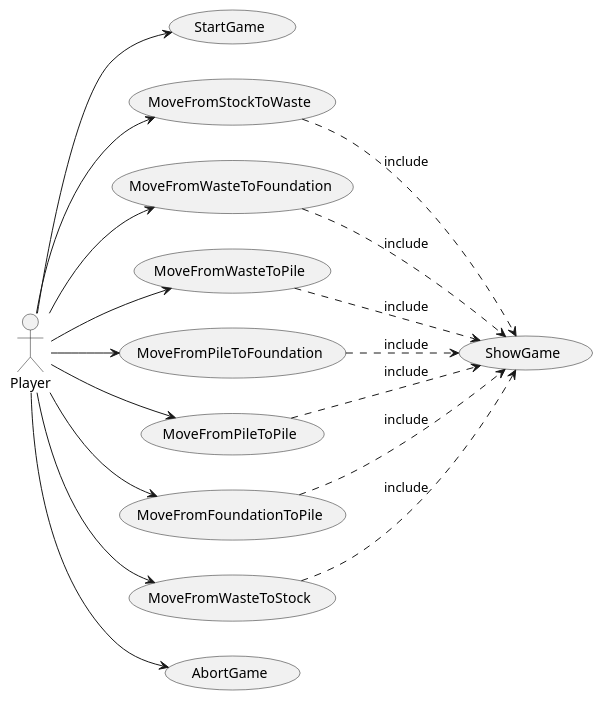
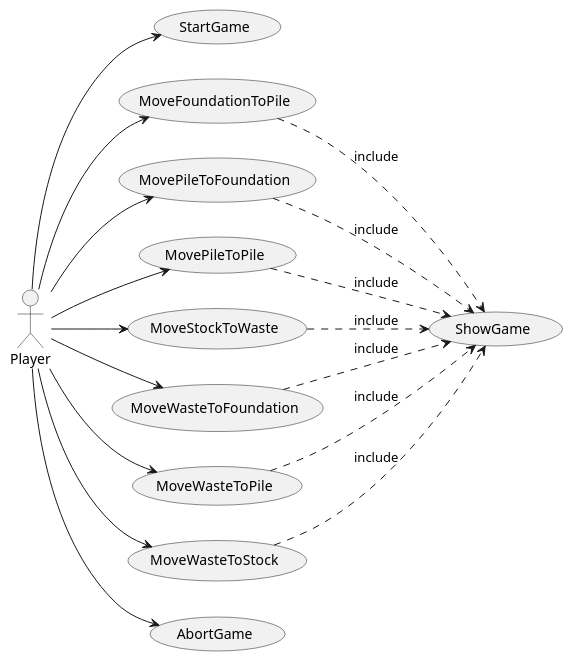
The diagram in useCaseView/usecases.puml (ciscoruiz/klondike), drawn with PlantUML before and after one commit. The commit also changed 8 other files, not shown here.

```diff
--- a/useCaseView/usecases.puml
+++ b/useCaseView/usecases.puml
@@ -1,32 +1,32 @@
 @startuml UseCases
 left to right direction
 
 usecase "StartGame" as StartGame
-usecase "MoveFromStockToWaste" as UC1
-usecase "MoveFromWasteToFoundation" as UC2
-usecase "MoveFromWasteToPile" as UC3
-usecase "MoveFromPileToFoundation" as UC4
-usecase "MoveFromPileToPile" as UC5
-usecase "MoveFromFoundationToPile" as UC6
-usecase "MoveFromWasteToStock" as UC7
+usecase "MoveFoundationToPile" as UC6
+usecase "MovePileToFoundation" as UC4
+usecase "MovePileToPile" as UC5
+usecase "MoveStockToWaste" as UC1
+usecase "MoveWasteToFoundation" as UC2
+usecase "MoveWasteToPile" as UC3
+usecase "MoveWasteToStock" as UC7
 usecase "ShowGame" as ShowGame
 usecase "AbortGame" as AbortGame
 
 Player --> StartGame
 Player --> UC1
 Player --> UC2
 Player --> UC3
 Player --> UC4
 Player --> UC5
 Player --> UC6
 Player --> UC7
 Player --> AbortGame
 
 UC1 -.> ShowGame : include
 UC2 -.> ShowGame : include
 UC3 -.> ShowGame : include
 UC4 -.> ShowGame : include
 UC5 -.> ShowGame : include
 UC6 -.> ShowGame : include
 UC7 -.> ShowGame : include
 @enduml
```
